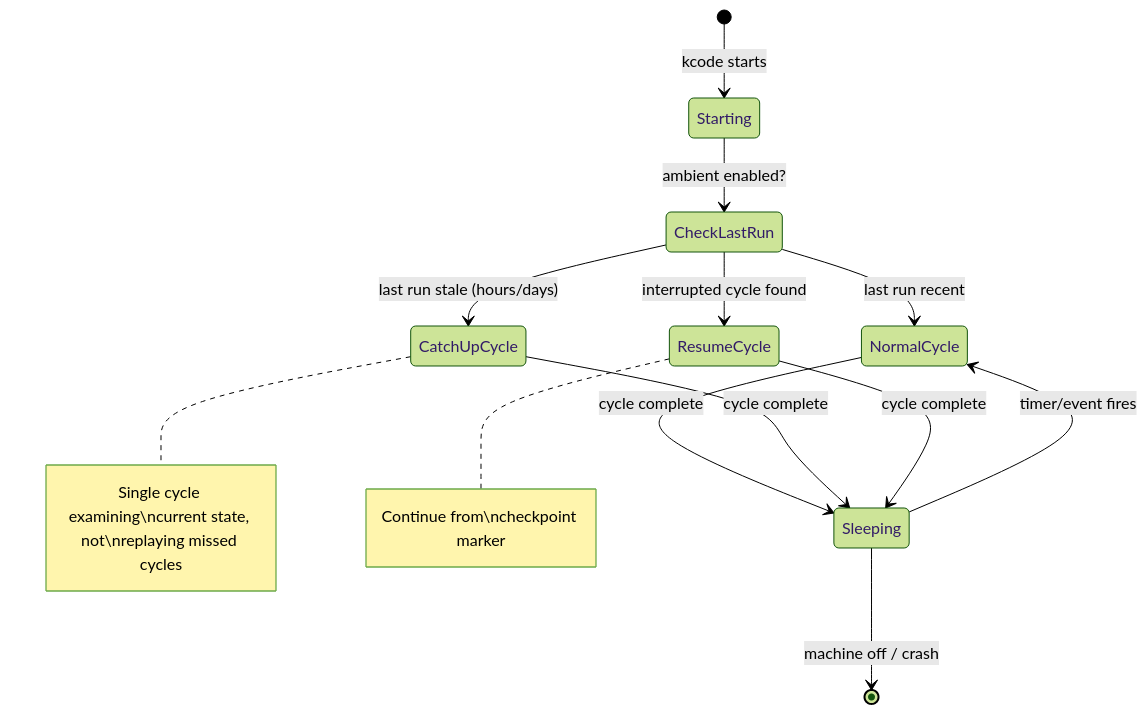
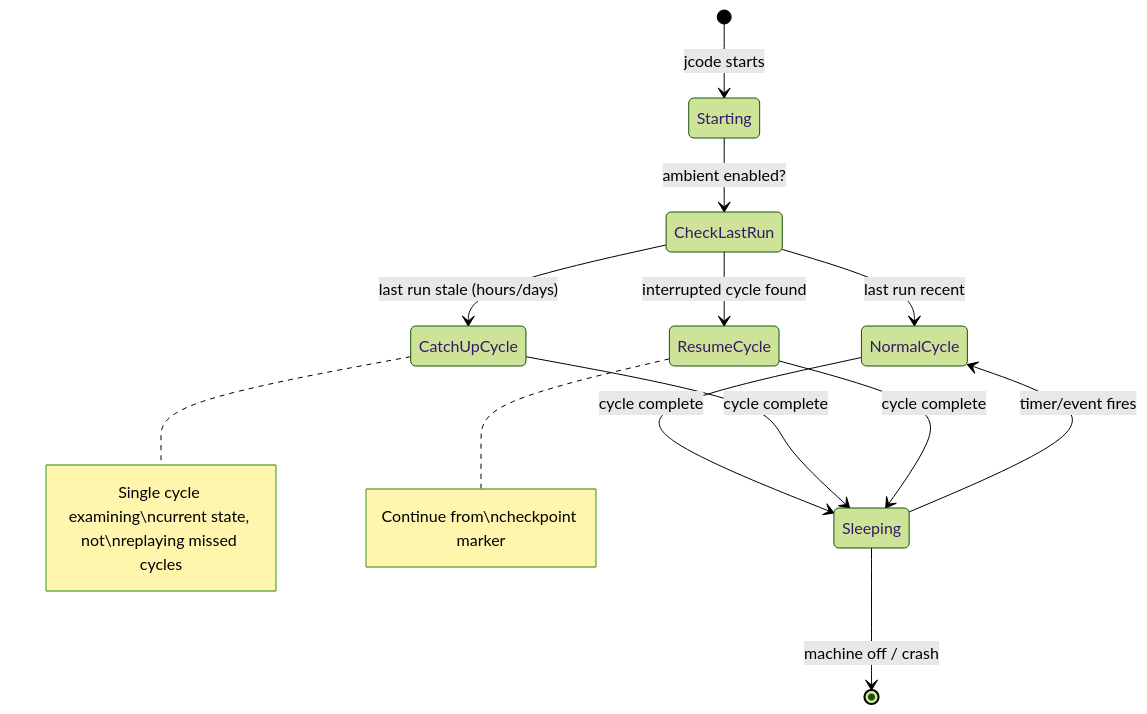
Before and after one commit to KooshaPari/KCode: the eighth of 8 diagrams in docs/AMBIENT_MODE.md, drawn with Mermaid (forest theme). The commit also changed other lines of this file and 3017 other files, not shown here.

First line of the commit message:
Revert "refactor(decollision): rename jcode to kcode (#33)" (#36)

````diff
--- a/docs/AMBIENT_MODE.md
+++ b/docs/AMBIENT_MODE.md
@@ -868,20 +868,20 @@
 ```mermaid
 stateDiagram-v2
-    [*] --> Starting: kcode starts
+    [*] --> Starting: jcode starts
     Starting --> CheckLastRun: ambient enabled?
 
     CheckLastRun --> NormalCycle: last run recent
     CheckLastRun --> CatchUpCycle: last run stale (hours/days)
     CheckLastRun --> ResumeCycle: interrupted cycle found
 
     NormalCycle --> Sleeping: cycle complete
     CatchUpCycle --> Sleeping: cycle complete
     ResumeCycle --> Sleeping: cycle complete
 
     Sleeping --> NormalCycle: timer/event fires
     Sleeping --> [*]: machine off / crash
 
     note right of CatchUpCycle: Single cycle examining\ncurrent state, not\nreplaying missed cycles
 
     note right of ResumeCycle: Continue from\ncheckpoint marker
 ```
````
